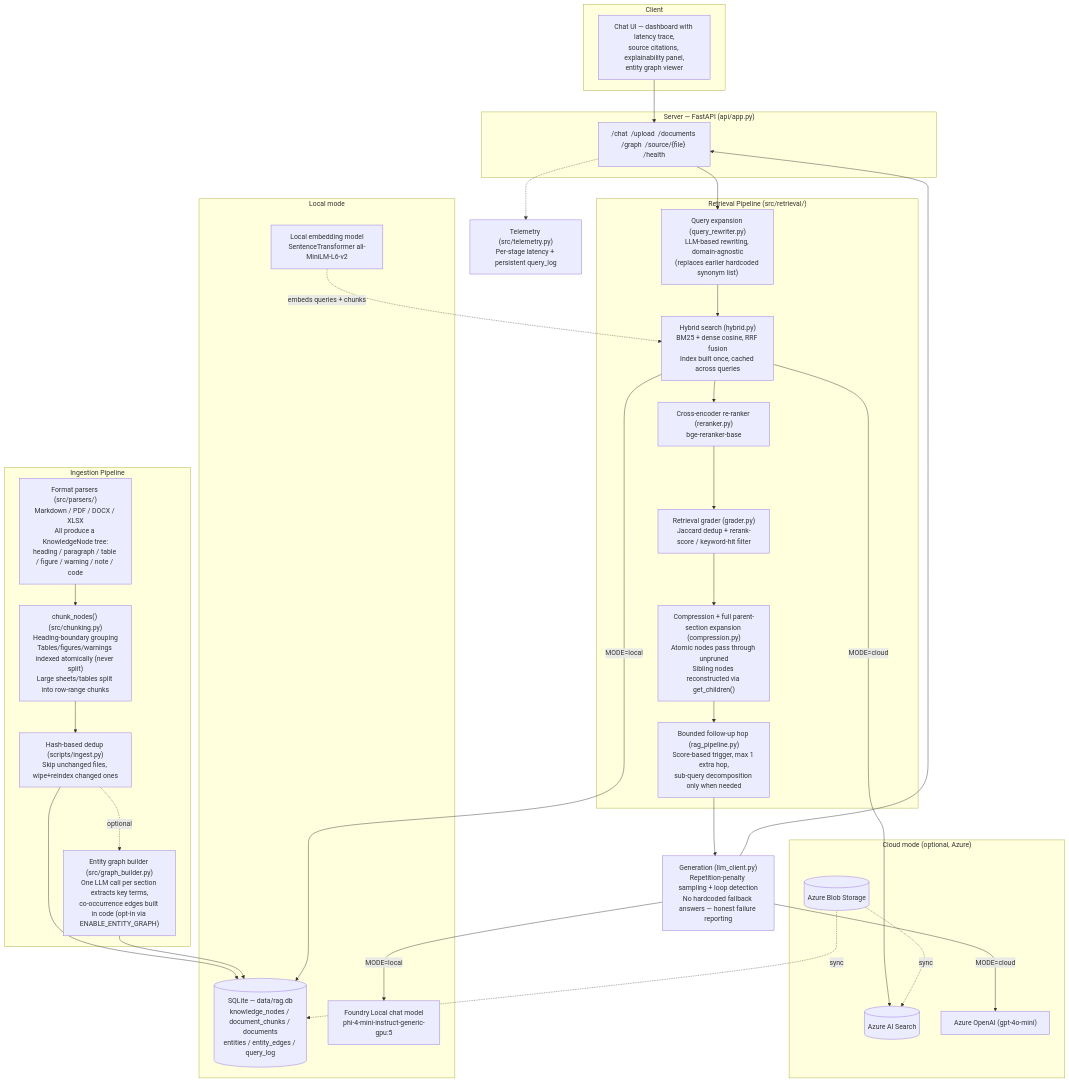
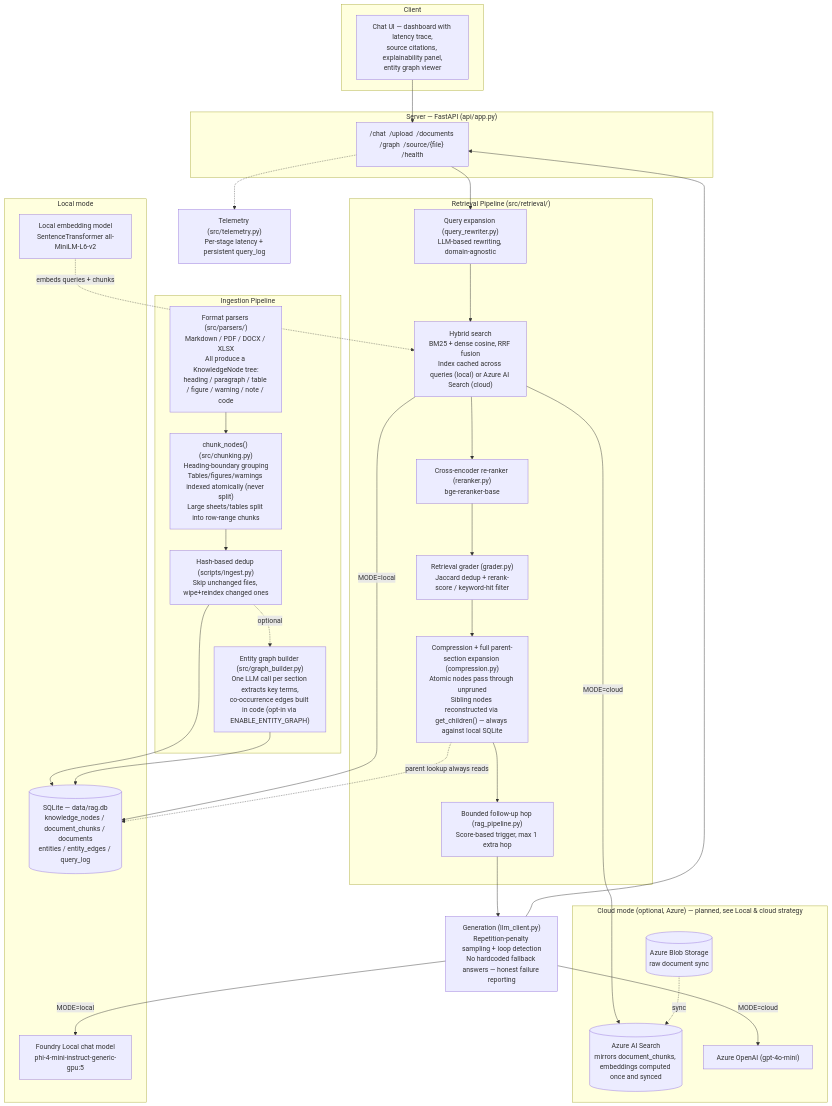
The first of 2 diagrams in README.md (MEK-0/Local-Rag-Foundry-assistant), drawn with Mermaid before and after one commit. The commit also changed other lines of this file, not shown here.

````diff
--- a/README.md
+++ b/README.md
@@ -49,55 +166,55 @@
 ```mermaid
 flowchart TB
     subgraph Client["Client"]
         UI["Chat UI — dashboard with latency trace,\nsource citations, explainability panel,\nentity graph viewer"]
     end
 
     subgraph Server["Server — FastAPI (api/app.py)"]
         API["/chat  /upload  /documents  /graph  /source/{file}  /health"]
     end
 
     subgraph Ingestion["Ingestion Pipeline"]
         PARSE["Format parsers (src/parsers/)\nMarkdown / PDF / DOCX / XLSX\nAll produce a KnowledgeNode tree:\nheading / paragraph / table / figure / warning / note / code"]
         CHUNK["chunk_nodes() (src/chunking.py)\nHeading-boundary grouping\nTables/figures/warnings indexed atomically (never split)\nLarge sheets/tables split into row-range chunks"]
         HASH["Hash-based dedup (scripts/ingest.py)\nSkip unchanged files, wipe+reindex changed ones"]
         GRAPH["Entity graph builder (src/graph_builder.py)\nOne LLM call per section extracts key terms,\nco-occurrence edges built in code (opt-in via ENABLE_ENTITY_GRAPH)"]
     end
 
     subgraph Retrieval["Retrieval Pipeline (src/retrieval/)"]
-        RW["Query expansion (query_rewriter.py)\nLLM-based rewriting, domain-agnostic\n(replaces earlier hardcoded synonym list)"]
-        HYB["Hybrid search (hybrid.py)\nBM25 + dense cosine, RRF fusion\nIndex built once, cached across queries"]
+        RW["Query expansion (query_rewriter.py)\nLLM-based rewriting, domain-agnostic"]
+        HYB["Hybrid search\nBM25 + dense cosine, RRF fusion\nIndex cached across queries (local) or Azure AI Search (cloud)"]
         RR["Cross-encoder re-ranker (reranker.py)\nbge-reranker-base"]
         GR["Retrieval grader (grader.py)\nJaccard dedup + rerank-score / keyword-hit filter"]
-        COMP["Compression + full parent-section expansion (compression.py)\nAtomic nodes pass through unpruned\nSibling nodes reconstructed via get_children()"]
-        HOP["Bounded follow-up hop (rag_pipeline.py)\nScore-based trigger, max 1 extra hop,\nsub-query decomposition only when needed"]
+        COMP["Compression + full parent-section expansion (compression.py)\nAtomic nodes pass through unpruned\nSibling nodes reconstructed via get_children() — always against local SQLite"]
+        HOP["Bounded follow-up hop (rag_pipeline.py)\nScore-based trigger, max 1 extra hop"]
     end
 
     subgraph Local["Local mode"]
         SQL[("SQLite — data/rag.db\nknowledge_nodes / document_chunks / documents\nentities / entity_edges / query_log")]
         FL_CHAT["Foundry Local chat model\nphi-4-mini-instruct-generic-gpu:5"]
         FL_EMB["Local embedding model\nSentenceTransformer all-MiniLM-L6-v2"]
     end
 
-    subgraph Cloud["Cloud mode (optional, Azure)"]
-        AIS[("Azure AI Search")]
-        BLOB[("Azure Blob Storage")]
+    subgraph Cloud["Cloud mode (optional, Azure) — planned, see Local & cloud strategy"]
+        AIS[("Azure AI Search\nmirrors document_chunks, embeddings computed once and synced")]
+        BLOB[("Azure Blob Storage\nraw document sync")]
         AOAI["Azure OpenAI (gpt-4o-mini)"]
     end
 
     GEN["Generation (llm_client.py)\nRepetition-penalty sampling + loop detection\nNo hardcoded fallback answers — honest failure reporting"]
     TEL["Telemetry (src/telemetry.py)\nPer-stage latency + persistent query_log"]
 
     UI --> API
     PARSE --> CHUNK --> HASH --> SQL
     HASH -.optional.-> GRAPH --> SQL
     API --> RW --> HYB --> RR --> GR --> COMP --> HOP --> GEN
     HYB -->|MODE=local| SQL
     HYB -->|MODE=cloud| AIS
+    COMP -.parent lookup always reads.-> SQL
     FL_EMB -.embeds queries + chunks.-> HYB
     GEN -->|MODE=local| FL_CHAT
     GEN -->|MODE=cloud| AOAI
-    BLOB -.sync.-> SQL
     BLOB -.sync.-> AIS
     API -.-> TEL
     GEN --> API
 ```
````
